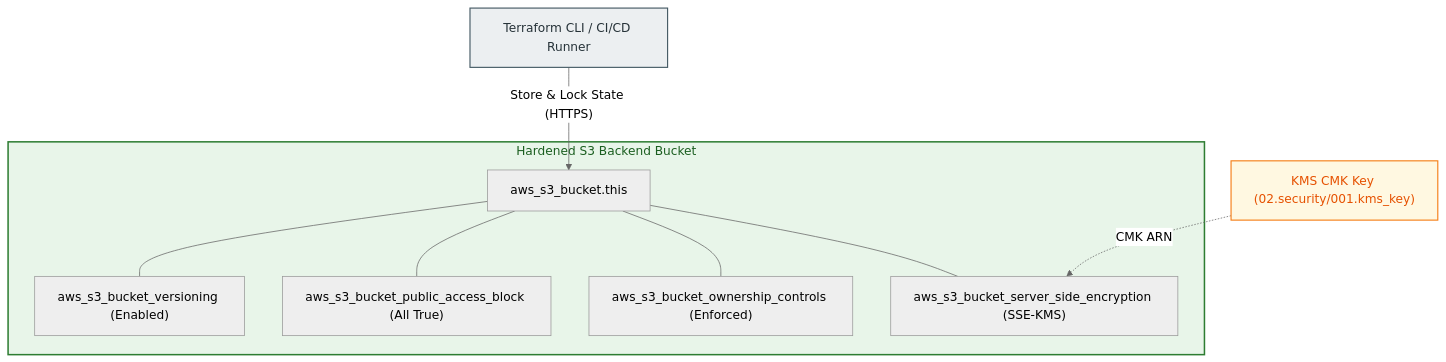
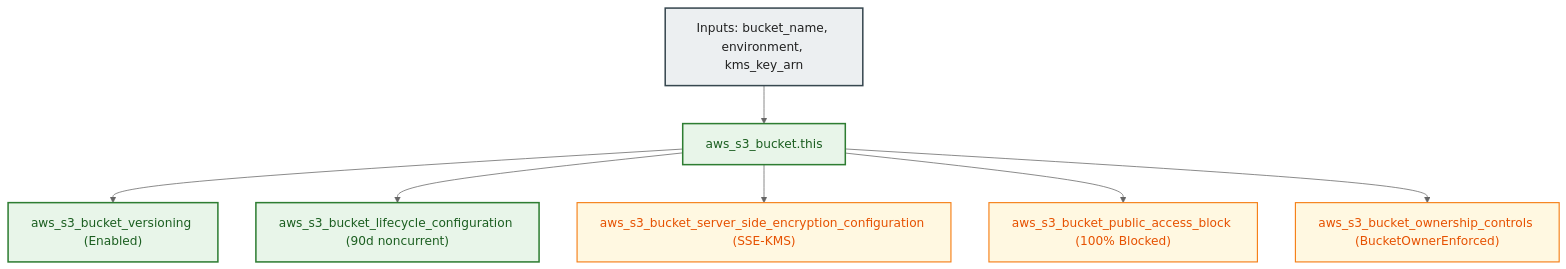
Before and after one commit to MikolajSedek/databricks_aws_deployment_01_vpc_networking: the diagram in modules/03.storage/001.env_backend_bucket/README.md, drawn with Mermaid (neutral theme). The commit also changed other lines of this file and 54 other files, not shown here.

````diff
--- a/modules/03.storage/001.env_backend_bucket/README.md
+++ b/modules/03.storage/001.env_backend_bucket/README.md
@@ -52,25 +56,21 @@
 ```mermaid
-flowchart TD
-    classDef stor fill:#E8F5E9,stroke:#2E7D32,stroke-width:2px,color:#1B5E20;
+graph TD
+    classDef input fill:#ECEFF1,stroke:#37474F,stroke-width:2px,color:#212121;
+    classDef s3 fill:#E8F5E9,stroke:#2E7D32,stroke-width:2px,color:#1B5E20;
     classDef sec fill:#FFF8E1,stroke:#F57F17,stroke-width:1.5px,color:#E65100;
-    classDef tf fill:#ECEFF1,stroke:#455A64,stroke-width:1.5px,color:#263238;
 
-    TerraformClient["Terraform CLI / CI/CD Runner"]:::tf
-    KMSModule["KMS CMK Key (02.security/001.kms_key)"]:::sec
+    Inputs["Inputs: bucket_name, environment, kms_key_arn"]:::input
+    S3Bucket["aws_s3_bucket.this"]:::s3
+    Versioning["aws_s3_bucket_versioning (Enabled)"]:::s3
+    Lifecycle["aws_s3_bucket_lifecycle_configuration (90d noncurrent)"]:::s3
+    Encryption["aws_s3_bucket_server_side_encryption_configuration (SSE-KMS)"]:::sec
+    PublicBlock["aws_s3_bucket_public_access_block (100% Blocked)"]:::sec
+    Ownership["aws_s3_bucket_ownership_controls (BucketOwnerEnforced)"]:::sec
 
-    subgraph S3BackendBoundary ["Hardened S3 Backend Bucket"]
-        S3Bucket["aws_s3_bucket.this"]
-        Versioning["aws_s3_bucket_versioning (Enabled)"]
-        PublicBlock["aws_s3_bucket_public_access_block (All True)"]
-        Ownership["aws_s3_bucket_ownership_controls (Enforced)"]
-        SSE["aws_s3_bucket_server_side_encryption (SSE-KMS)"]
-    end
-    class S3BackendBoundary stor;
-
-    TerraformClient -->|"Store & Lock State (HTTPS)"| S3Bucket
-    KMSModule -.->|"CMK ARN"| SSE
-    S3Bucket --- Versioning
-    S3Bucket --- PublicBlock
-    S3Bucket --- Ownership
-    S3Bucket --- SSE
+    Inputs --> S3Bucket
+    S3Bucket --> Versioning
+    S3Bucket --> Lifecycle
+    S3Bucket --> Encryption
+    S3Bucket --> PublicBlock
+    S3Bucket --> Ownership
 ```
````
